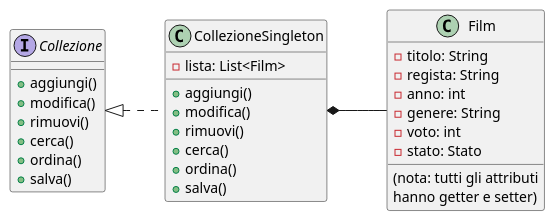
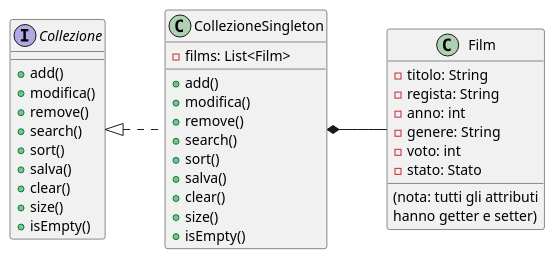
Before and after one commit to hamzakhoudmi/Progetto-Ingegneria-Software: the diagram in src/uml diagrams/class diagram di analisi.puml, drawn with PlantUML. The commit also changed 10 other files, not shown here.

```diff
--- a/src/uml diagrams/class diagram di analisi.puml
+++ b/src/uml diagrams/class diagram di analisi.puml
@@ -1,38 +1,44 @@
 @startuml
 
 class Film {
     -titolo: String
     -regista: String
     -anno: int
     -genere: String
     -voto: int
     -stato: Stato
     (nota: tutti gli attributi
     hanno getter e setter)
 }
 
 interface Collezione {
-    +aggiungi()
+    +add()
     +modifica()
-    +rimuovi()
-    +cerca()
-    +ordina()
+    +remove()
+    +search()
+    +sort()
     +salva()
+    +clear()
+    +size()
+    +isEmpty()
 }
 
 class CollezioneSingleton {
-    -lista: List<Film>
-    +aggiungi()
+    -films: List<Film>
+    +add()
     +modifica()
-    +rimuovi()
-    +cerca()
-    +ordina()
+    +remove()
+    +search()
+    +sort()
     +salva()
+    +clear()
+    +size()
+    +isEmpty()
 }
 
 Collezione <|.. CollezioneSingleton
 CollezioneSingleton *-- Film
 
 left to right direction
 
 @enduml
```
